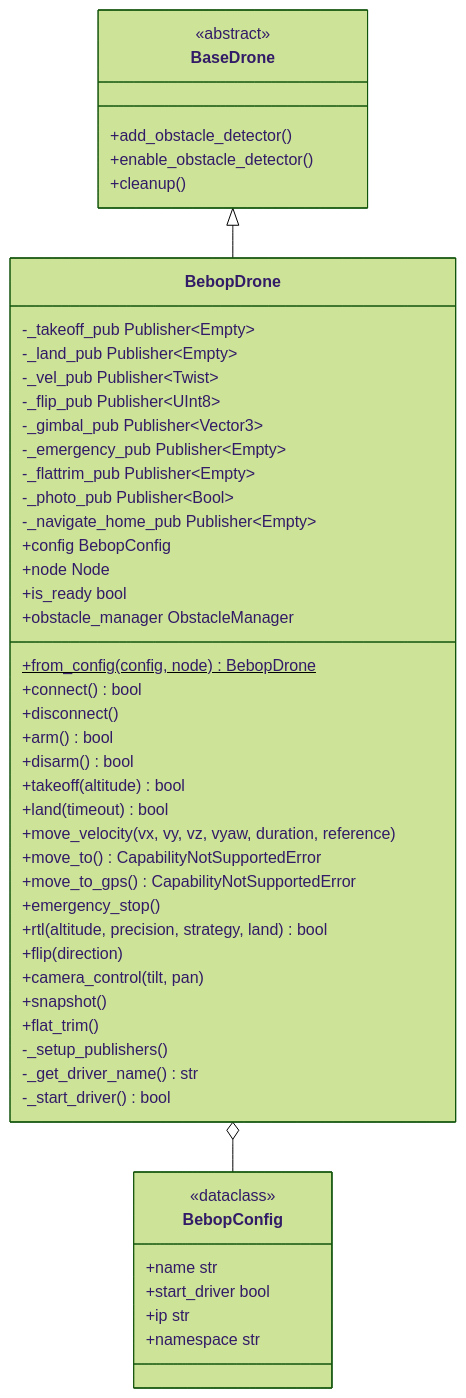
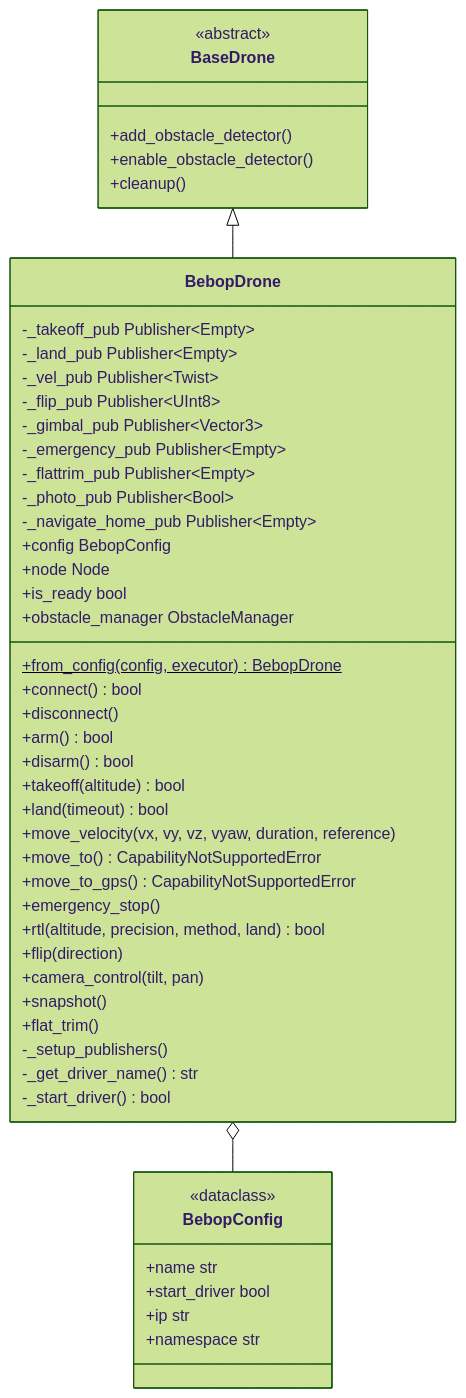
One commit to Black-Bee-Drones/nectar-sdk changed the diagram in nectar/nectar/control/bebop/README.md. Above: the diagram before and after it, drawn with Mermaid (forest theme). The commit also changed other lines of this file and 22 other files, not shown here.

````diff
--- a/nectar/nectar/control/bebop/README.md
+++ b/nectar/nectar/control/bebop/README.md
@@ -11,55 +11,55 @@
 ```mermaid
 classDiagram
     class BebopDrone {
         -_takeoff_pub Publisher~Empty~
         -_land_pub Publisher~Empty~
         -_vel_pub Publisher~Twist~
         -_flip_pub Publisher~UInt8~
         -_gimbal_pub Publisher~Vector3~
         -_emergency_pub Publisher~Empty~
         -_flattrim_pub Publisher~Empty~
         -_photo_pub Publisher~Bool~
         -_navigate_home_pub Publisher~Empty~
         +config BebopConfig
         +node Node
         +is_ready bool
         +obstacle_manager ObstacleManager
-        +from_config(config, node)$ BebopDrone
+        +from_config(config, executor)$ BebopDrone
         +connect() bool
         +disconnect()
         +arm() bool
         +disarm() bool
         +takeoff(altitude) bool
         +land(timeout) bool
         +move_velocity(vx, vy, vz, vyaw, duration, reference)
         +move_to() CapabilityNotSupportedError
         +move_to_gps() CapabilityNotSupportedError
         +emergency_stop()
-        +rtl(altitude, precision, strategy, land) bool
+        +rtl(altitude, precision, method, land) bool
         +flip(direction)
         +camera_control(tilt, pan)
         +snapshot()
         +flat_trim()
         -_setup_publishers()
         -_get_driver_name() str
         -_start_driver() bool
     }
 
     class BebopConfig {
         <<dataclass>>
         +name str
         +start_driver bool
         +ip str
         +namespace str
     }
 
     class BaseDrone {
         <<abstract>>
         +add_obstacle_detector()
         +enable_obstacle_detector()
         +cleanup()
     }
 
     BaseDrone <|-- BebopDrone
     BebopDrone o-- BebopConfig
 ```
````
